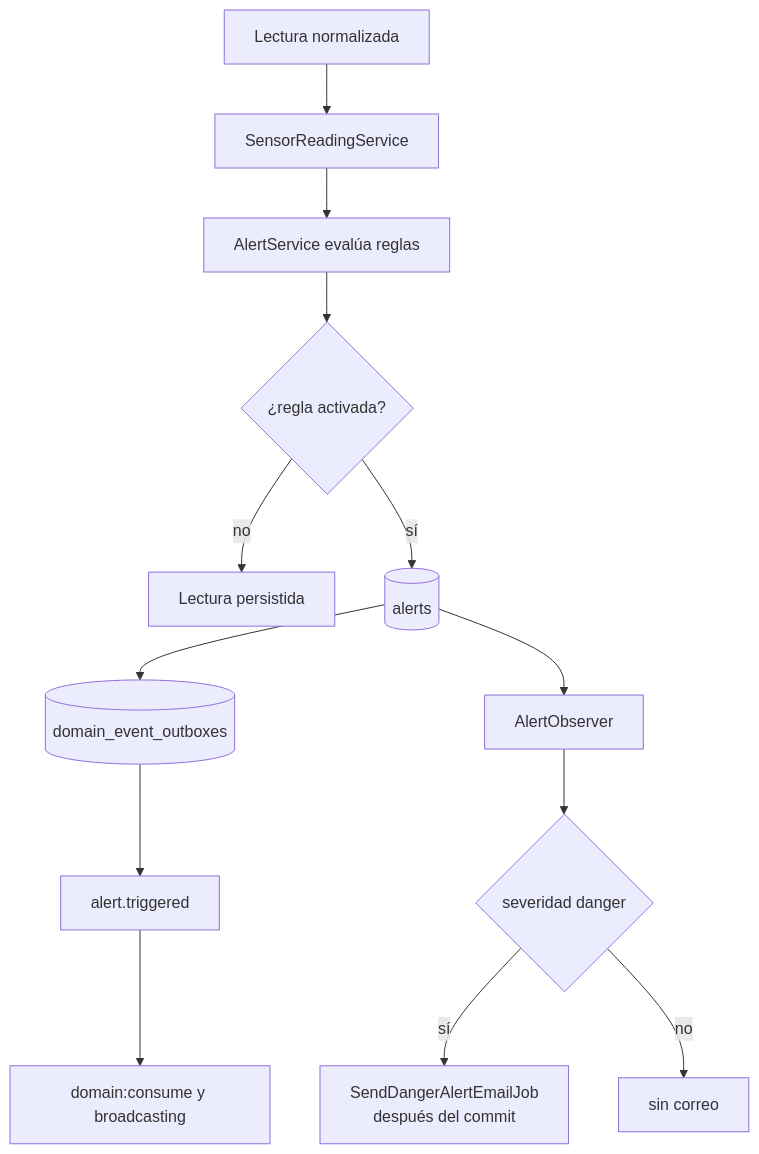
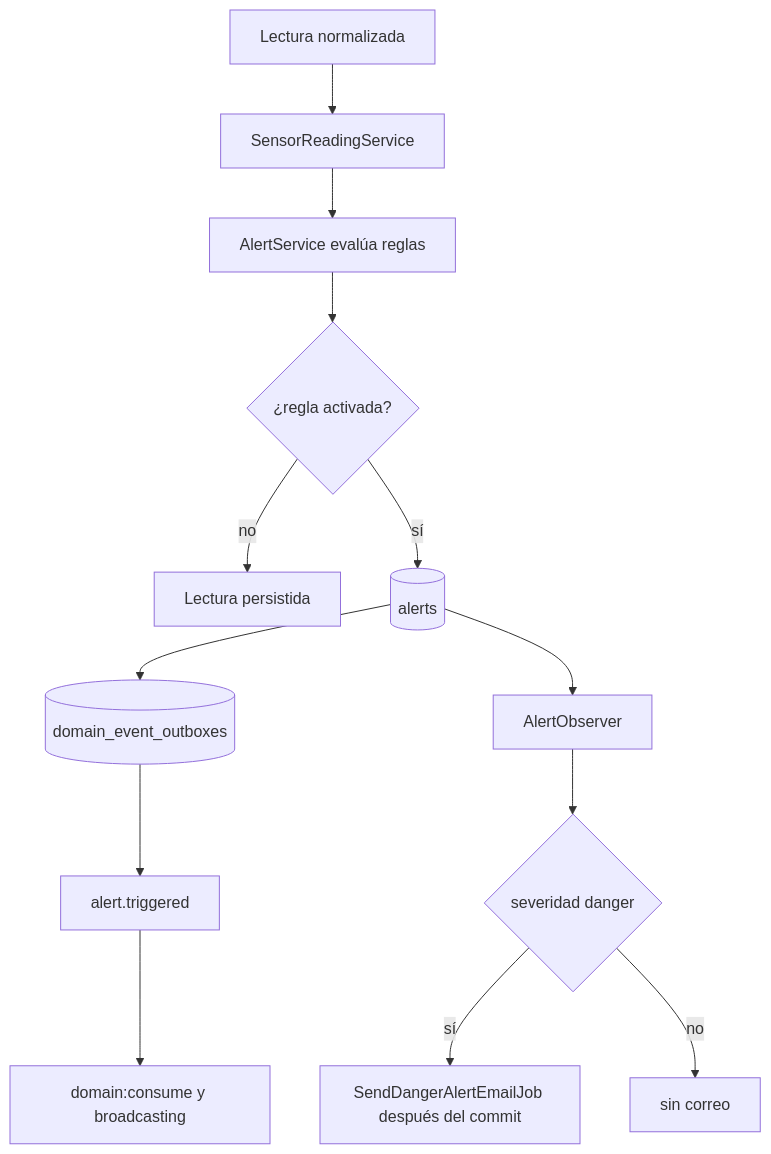
Diagram 13 of 20 in README.md (yojr23/iot-platform-v2), drawn with Mermaid before and after one commit. The commit also changed other lines of this file and 2 other files, not shown here.

````diff
--- a/README.md
+++ b/README.md
@@ -577,15 +575,15 @@
-~~~mermaid
+```mermaid
 flowchart TD
     Reading[Lectura normalizada] --> Service[SensorReadingService]
     Service --> Rules[AlertService evalúa reglas]
     Rules --> Trigger{¿regla activada?}
     Trigger -->|no| Stored[Lectura persistida]
     Trigger -->|sí| Alert[(alerts)]
     Alert --> DomainOutbox[(domain_event_outboxes)]
     Alert --> Observer[AlertObserver]
     Observer --> Danger{severidad danger}
-    Danger -->|sí| Job[SendDangerAlertEmailJob<br/>después del commit]
-    Danger -->|no| NoMail[sin correo]
+    Danger -->|sí| Job["SendDangerAlertEmailJob después del commit"]
+    Danger -->|no| NoMail["sin correo"]
     DomainOutbox --> DomainEvent[alert.triggered]
-    DomainEvent --> Browser[domain:consume y broadcasting]
-~~~
+    DomainEvent --> Browser["domain:consume y broadcasting"]
+```
````
